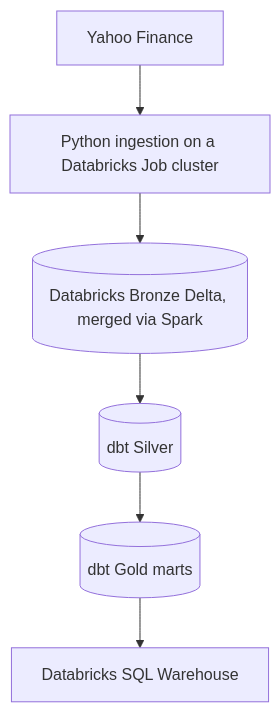
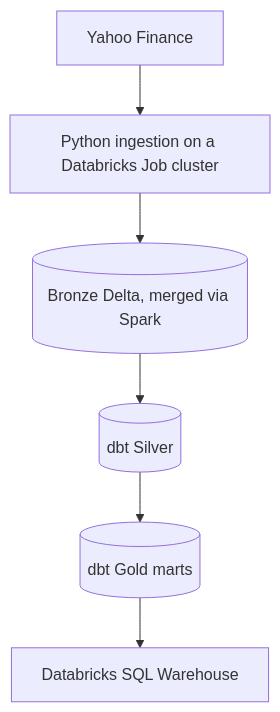
One commit to Hamza-Abbas/ETF-Market-Intelligence-Pipeline changed the diagram in README.md. Above: the diagram before and after it, drawn with Mermaid. The commit also changed other lines of this file, not shown here.

````diff
--- a/README.md
+++ b/README.md
@@ -48,8 +44,8 @@
 ```mermaid
 flowchart TD
     A[Yahoo Finance] --> B[Python ingestion on a Databricks Job cluster]
-    B --> C[(Databricks Bronze Delta, merged via Spark)]
+    B --> C[(Bronze Delta, merged via Spark)]
     C --> D[(dbt Silver)]
     D --> E[(dbt Gold marts)]
     E --> F[Databricks SQL Warehouse]
 ```
````
